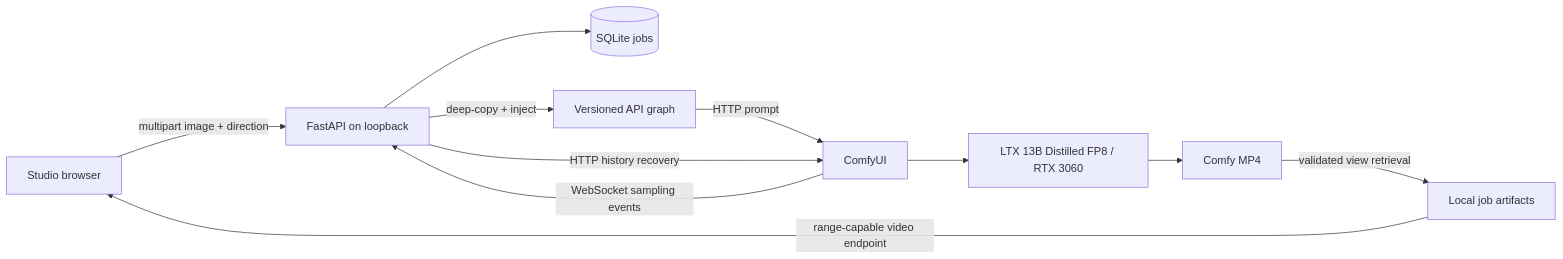
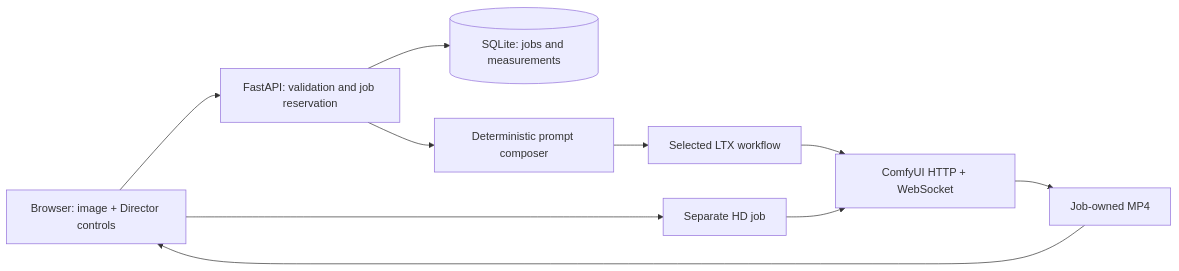
One commit to karatarassul4-max/opencinema-studio changed the diagram in README.md. Above: the diagram before and after it, drawn with Mermaid. The commit also changed other lines of this file and 45 other files, not shown here.

Commit message:
Release OpenCinema Studio v2 with AI Director and HD Export (#1)

````diff
--- a/README.md
+++ b/README.md
@@ -106,13 +45,12 @@
 ```mermaid
 flowchart LR
-  UI[Studio browser] -->|multipart image + direction| API[FastAPI on loopback]
-  API --> DB[(SQLite jobs)]
-  API -->|deep-copy + inject| Graph[Versioned API graph]
-  Graph -->|HTTP prompt| Comfy[ComfyUI]
-  Comfy -->|WebSocket sampling events| API
-  API -->|HTTP history recovery| Comfy
-  Comfy --> GPU[LTX 13B Distilled FP8 / RTX 3060]
-  GPU --> Output[Comfy MP4]
-  Output -->|validated view retrieval| Files[Local job artifacts]
-  Files -->|range-capable video endpoint| UI
+    UI[Browser: image + Director controls] --> API[FastAPI: validation and job reservation]
+    API --> DB[(SQLite: jobs and measurements)]
+    API --> Director[Deterministic prompt composer]
+    Director --> Workflow[Selected LTX workflow]
+    Workflow --> Comfy[ComfyUI HTTP + WebSocket]
+    Comfy --> Video[Job-owned MP4]
+    Video --> UI
+    UI --> HD[Separate HD job]
+    HD --> Comfy
 ```
````
